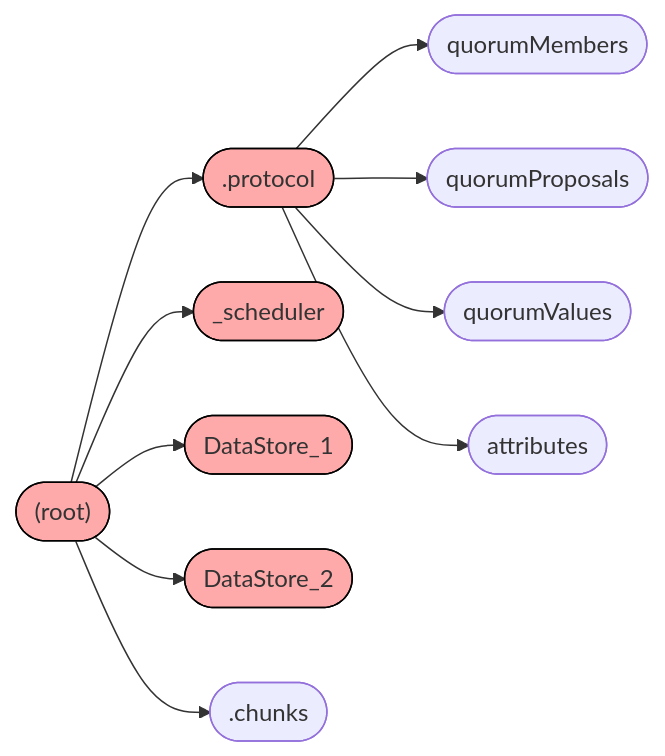
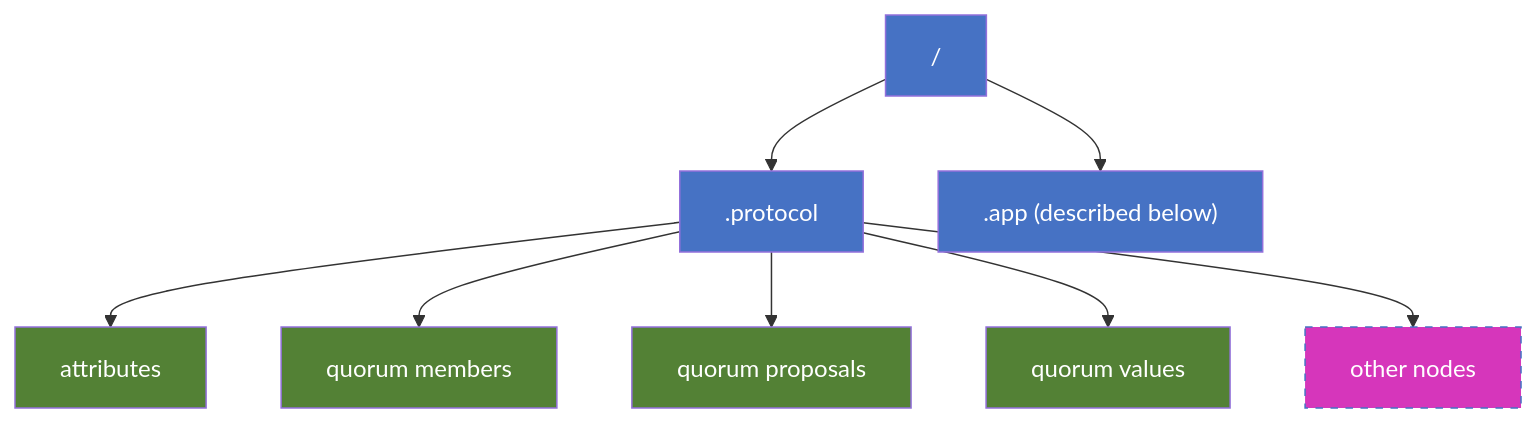
Before and after one commit to microsoft/FluidFramework: the first of 3 diagrams in docs/content/docs/concepts/summarizer.md, drawn with Mermaid. The commit also changed other lines of this file and 2 other files, not shown here.

````diff
--- a/docs/content/docs/concepts/summarizer.md
+++ b/docs/content/docs/concepts/summarizer.md
@@ -218,14 +194,13 @@
-{{< mermaid >}}
-graph LR
-  A(["(root)"]) --> B([.protocol])
-  A --> S([_scheduler])
-  A --> C1([DataStore_1])
-  A --> C2([DataStore_2])
-  A --> CH([.chunks])
-  B --> QM([quorumMembers])
-  B --> QP([quorumProposals])
-  B --> QV([quorumValues])
-  B --> DA([attributes])
-  classDef tree fill:#faa,stroke:#000
-  class A,B,S,C1,C2 tree
-{{< /mermaid >}}
+```mermaid
+flowchart TD
+    classDef tree fill:#4672c4,color:#fff
+    classDef blob fill:#538135,color:#fff
+    classDef others fill:#d636bb,stroke:#4672c4,stroke-width:1px,color:#fff,stroke-dasharray: 5 5
+    A["/"]:::tree --> B[".protocol"]:::tree
+        B --> C[attributes]:::blob
+        B --> D["quorum members"]:::blob
+        B --> E["quorum proposals"]:::blob
+        B --> F["quorum values"]:::blob
+        B --> G["other nodes"]:::others
+    A --> H[".app (described below)"]:::tree
+```
````
